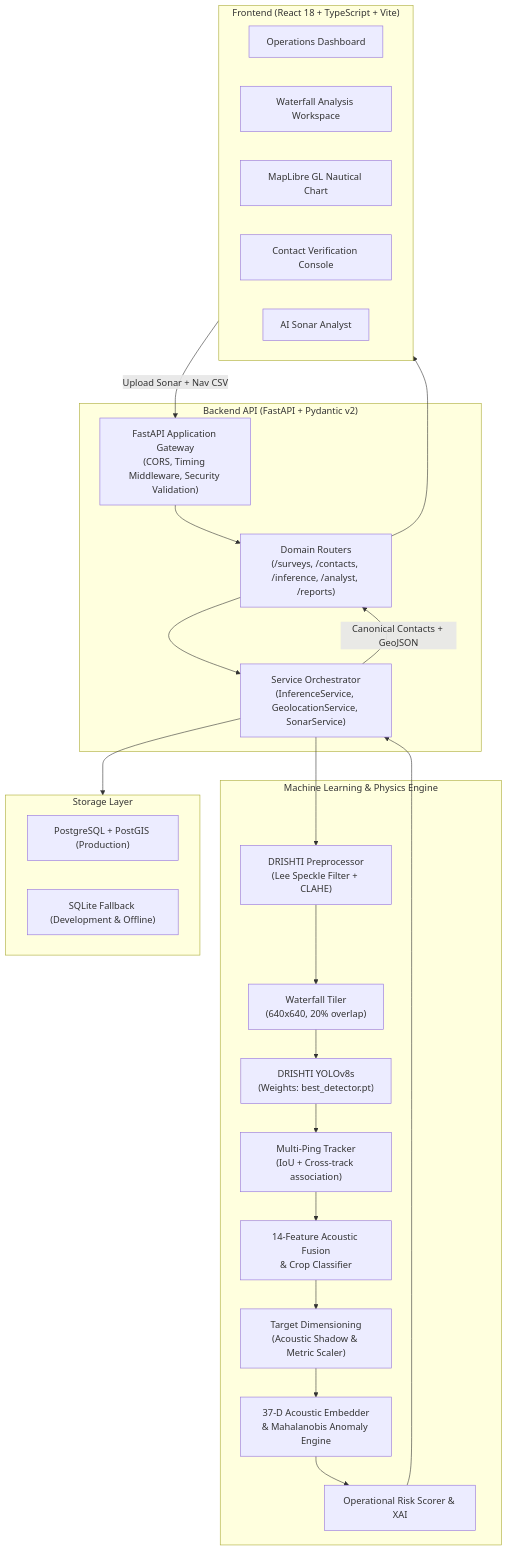
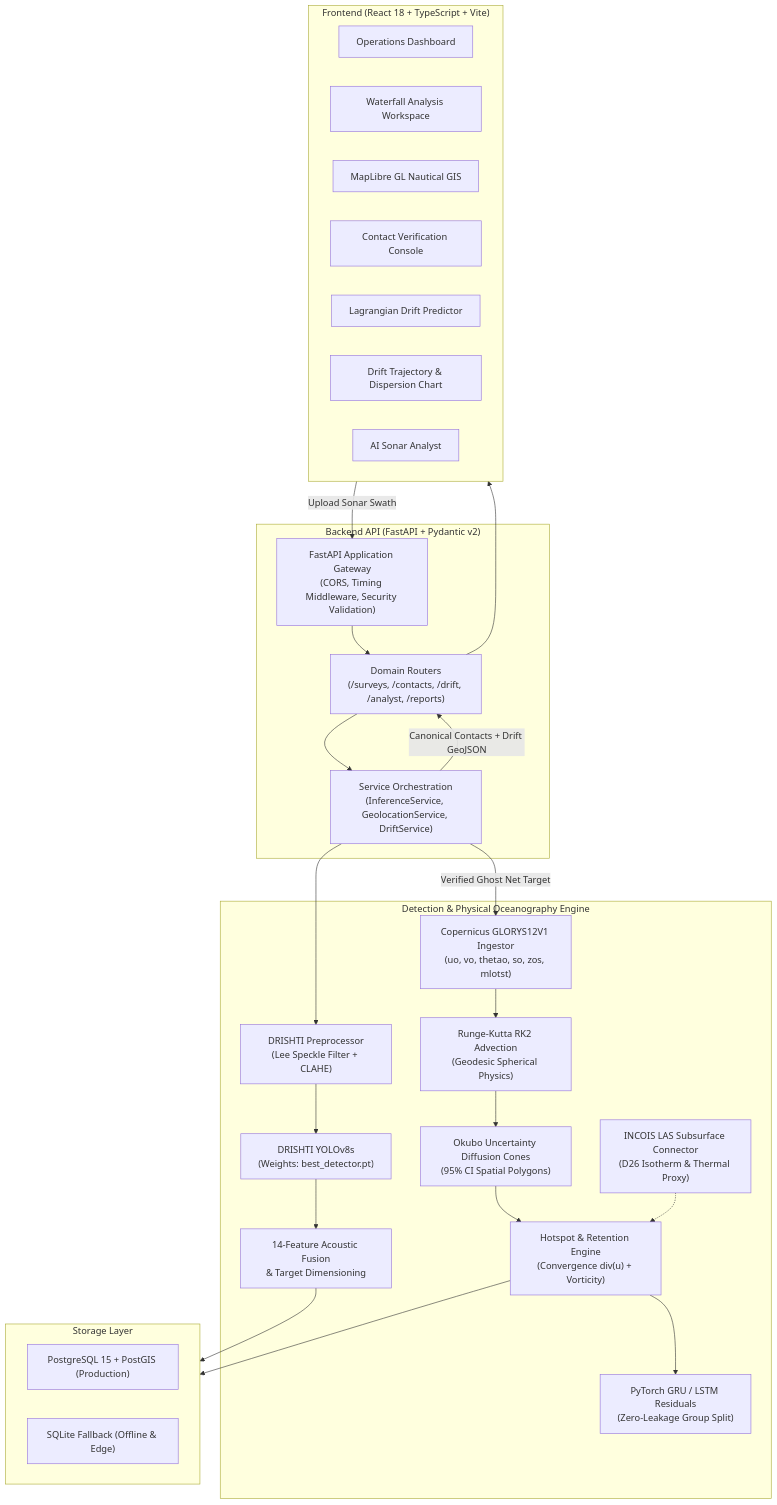
The diagram in README.md (NithinPranav-007/SIH-2026-SSS-project), drawn with Mermaid before and after one commit. The commit also changed other lines of this file, not shown here.

Commit message:
docs: add exhaustive master README documenting sonar platform and drift ocean intelligence

````diff
--- a/README.md
+++ b/README.md
@@ -50,39 +43,43 @@
 ```mermaid
 flowchart TD
     subgraph UI["Frontend (React 18 + TypeScript + Vite)"]
         DASH["Operations Dashboard"]
         WORKSPACE["Waterfall Analysis Workspace"]
-        MAP["MapLibre GL Nautical Chart"]
+        MAP["MapLibre GL Nautical GIS"]
         TRIAGE["Contact Verification Console"]
+        DRIFT_PANEL["Lagrangian Drift Predictor"]
+        CHART["Drift Trajectory & Dispersion Chart"]
         ANALYST["AI Sonar Analyst"]
     end
 
     subgraph API["Backend API (FastAPI + Pydantic v2)"]
         GATEWAY["FastAPI Application Gateway\n(CORS, Timing Middleware, Security Validation)"]
-        ROUTERS["Domain Routers\n(/surveys, /contacts, /inference, /analyst, /reports)"]
-        SERVICES["Service Orchestrator\n(InferenceService, GeolocationService, SonarService)"]
+        ROUTERS["Domain Routers\n(/surveys, /contacts, /drift, /analyst, /reports)"]
+        SERVICES["Service Orchestration\n(InferenceService, GeolocationService, DriftService)"]
     end
 
-    subgraph ML["Machine Learning & Physics Engine"]
+    subgraph CORE["Detection & Physical Oceanography Engine"]
         PRE["DRISHTI Preprocessor\n(Lee Speckle Filter + CLAHE)"]
-        TILE["Waterfall Tiler\n(640x640, 20% overlap)"]
         DET["DRISHTI YOLOv8s\n(Weights: best_detector.pt)"]
-        TRACK["Multi-Ping Tracker\n(IoU + Cross-track association)"]
-        FUSION["14-Feature Acoustic Fusion\n& Crop Classifier"]
-        MEASURE["Target Dimensioning\n(Acoustic Shadow & Metric Scaler)"]
-        EMBED["37-D Acoustic Embedder\n& Mahalanobis Anomaly Engine"]
-        RISK["Operational Risk Scorer & XAI"]
+        FUSION["14-Feature Acoustic Fusion\n& Target Dimensioning"]
+        COP["Copernicus GLORYS12V1 Ingestor\n(uo, vo, thetao, so, zos, mlotst)"]
+        INCOIS["INCOIS LAS Subsurface Connector\n(D26 Isotherm & Thermal Proxy)"]
+        RK2["Runge-Kutta RK2 Advection\n(Geodesic Spherical Physics)"]
+        CONE["Okubo Uncertainty Diffusion Cones\n(95% CI Spatial Polygons)"]
+        HOTSPOT["Hotspot & Retention Engine\n(Convergence div(u) + Vorticity)"]
+        RESIDUAL["PyTorch GRU / LSTM Residuals\n(Zero-Leakage Group Split)"]
     end
 
     subgraph DB["Storage Layer"]
-        PG["PostgreSQL + PostGIS (Production)"]
-        SQ["SQLite Fallback (Development & Offline)"]
+        PG["PostgreSQL 15 + PostGIS (Production)"]
+        SQ["SQLite Fallback (Offline & Edge)"]
     end
 
-    UI -->|Upload Sonar + Nav CSV| GATEWAY
+    UI -->|Upload Sonar Swath| GATEWAY
     GATEWAY --> ROUTERS --> SERVICES
-    SERVICES --> PRE --> TILE --> DET --> TRACK --> FUSION --> MEASURE --> EMBED --> RISK
-    RISK --> SERVICES
-    SERVICES --> DB
-    SERVICES -->|Canonical Contacts + GeoJSON| ROUTERS --> UI
+    SERVICES --> PRE --> DET --> FUSION --> DB
+    SERVICES -->|Verified Ghost Net Target| COP --> RK2 --> CONE --> HOTSPOT --> RESIDUAL
+    INCOIS -.-> HOTSPOT
+    HOTSPOT --> DB
+    SERVICES -->|Canonical Contacts + Drift GeoJSON| ROUTERS --> UI
 ```
````
